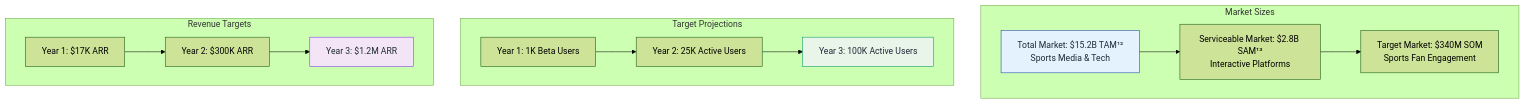
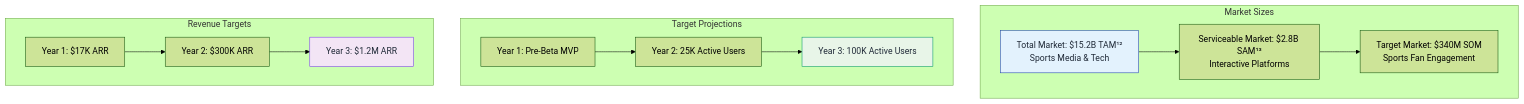
Before and after one commit to SkaFld-Ignite/ref-u-wireframes: the seventh of 7 diagrams in docs/investor-flows.md, drawn with Mermaid (forest theme).

Commit message:
Update business model document to reflect pre-beta status
📝 CONTENT CONSISTENCY:
- Changed 'Year 1: 1K Beta Users' to 'Year 1: Pre-Beta MVP'
- Updated growth strategy section to reflect pre-beta status
- Maintains consistent messaging across all documents
- Accurate representation of current development stage

````diff
--- a/docs/investor-flows.md
+++ b/docs/investor-flows.md
@@ -281,28 +281,28 @@
 ```mermaid
 graph TB
     subgraph "Market Sizes"
         D1[Total Market: $15.2B TAM¹²<br/>Sports Media & Tech]
         D2[Serviceable Market: $2.8B SAM¹³<br/>Interactive Platforms]
         D3[Target Market: $340M SOM<br/>Sports Fan Engagement]
     end
     
     subgraph "Target Projections"
-        A1[Year 1: 1K Beta Users]
+        A1[Year 1: Pre-Beta MVP]
         A2[Year 2: 25K Active Users]
         A3[Year 3: 100K Active Users]
     end
     
     subgraph "Revenue Targets"
         B1[Year 1: $17K ARR]
         B2[Year 2: $300K ARR]
         B3[Year 3: $1.2M ARR]
     end
     
     D1 --> D2 --> D3
     A1 --> A2 --> A3
     B1 --> B2 --> B3
     
     style D1 fill:#e3f2fd,stroke:#1e40af,color:#1f2937
     style A3 fill:#e8f5e8,stroke:#059669,color:#1f2937
     style B3 fill:#f3e5f5,stroke:#7c3aed,color:#1f2937
 ```
````
